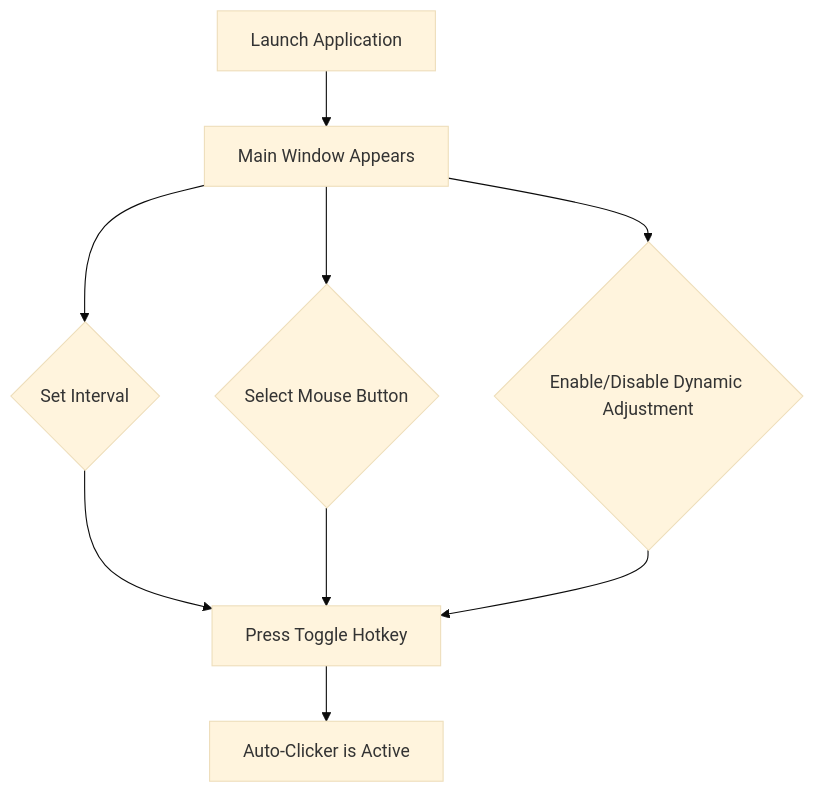
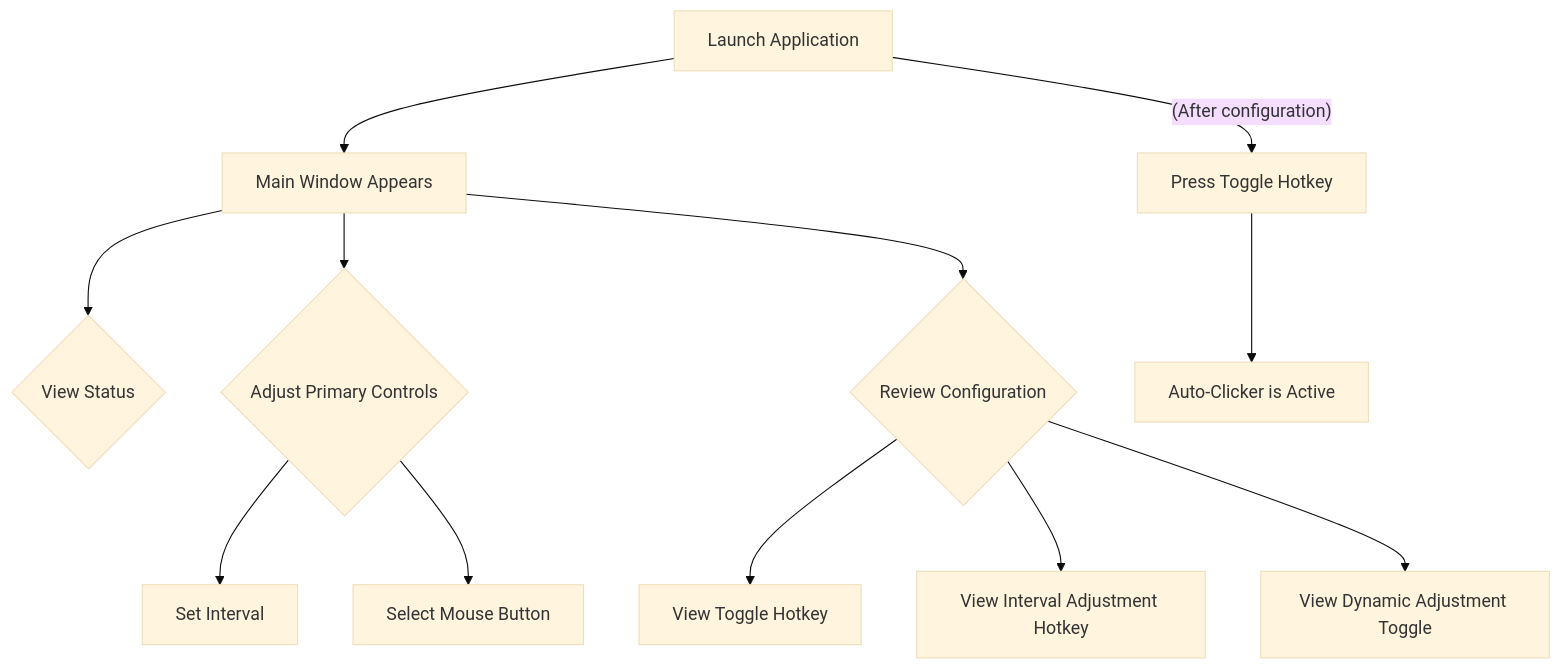
One commit to DivinoAG/SuperClicker changed the first of 2 diagrams in docs/front-end-spec.md. Above: the diagram before and after it, drawn with Mermaid (base theme). The commit also changed other lines of this file and 20 other files, not shown here.

````diff
--- a/docs/front-end-spec.md
+++ b/docs/front-end-spec.md
@@ -41,11 +67,14 @@
-  ```mermaid
-  graph TD
-      A[Launch Application] --> B[Main Window Appears]
-      B --> C{Set Interval};
-      B --> D{Select Mouse Button};
-      B --> E{Enable/Disable Dynamic Adjustment};
-      C --> F[Press Toggle Hotkey];
-      D --> F;
-      E --> F;
-      F --> G[Auto-Clicker is Active];
-  ```
+```mermaid
+graph TD
+    A[Launch Application] --> B[Main Window Appears]
+    B --> C{View Status};
+    B --> D{Adjust Primary Controls};
+    D --> D1[Set Interval];
+    D --> D2[Select Mouse Button];
+    B --> E{Review Configuration};
+    E --> E1[View Toggle Hotkey];
+    E --> E2[View Interval Adjustment Hotkey];
+    E --> E3[View Dynamic Adjustment Toggle];
+    A -- (After configuration) --> F[Press Toggle Hotkey]
+    F --> G[Auto-Clicker is Active]
+```
````
